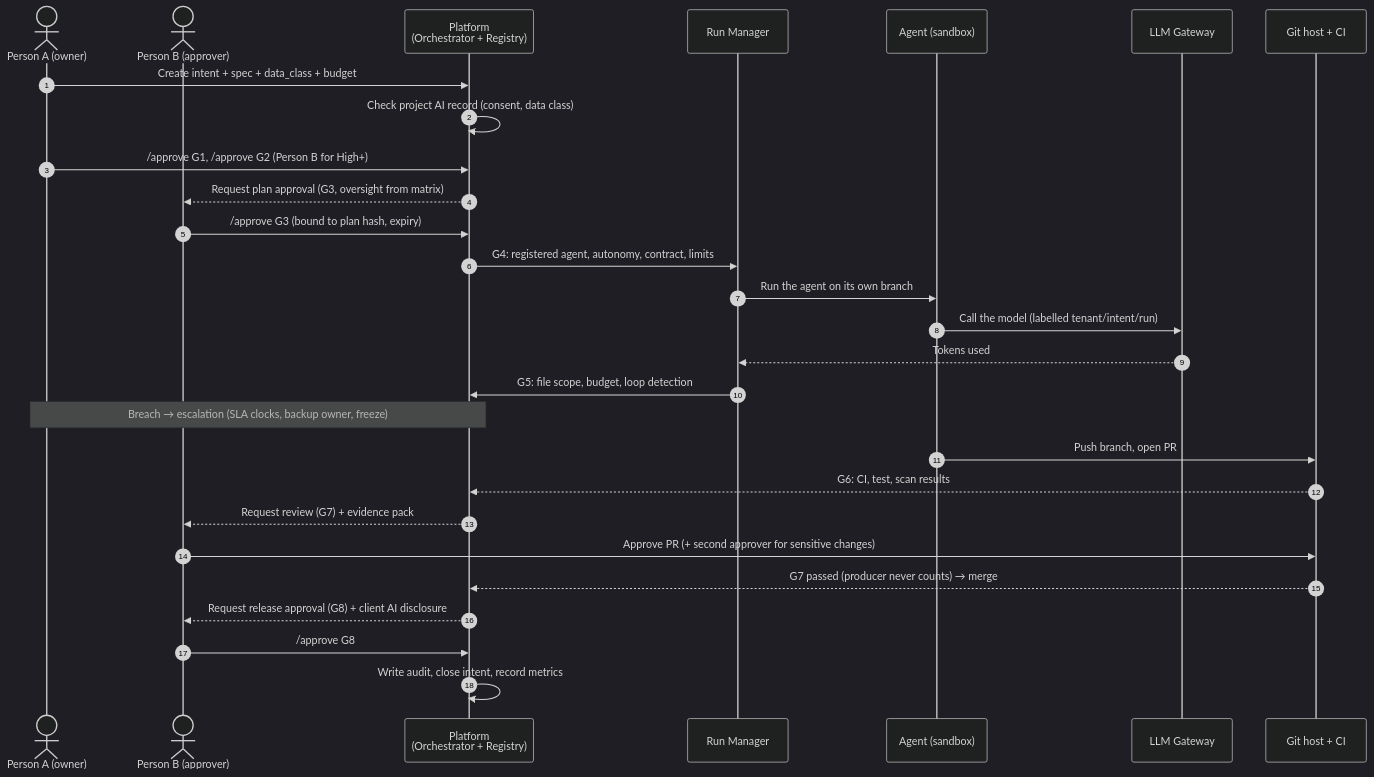
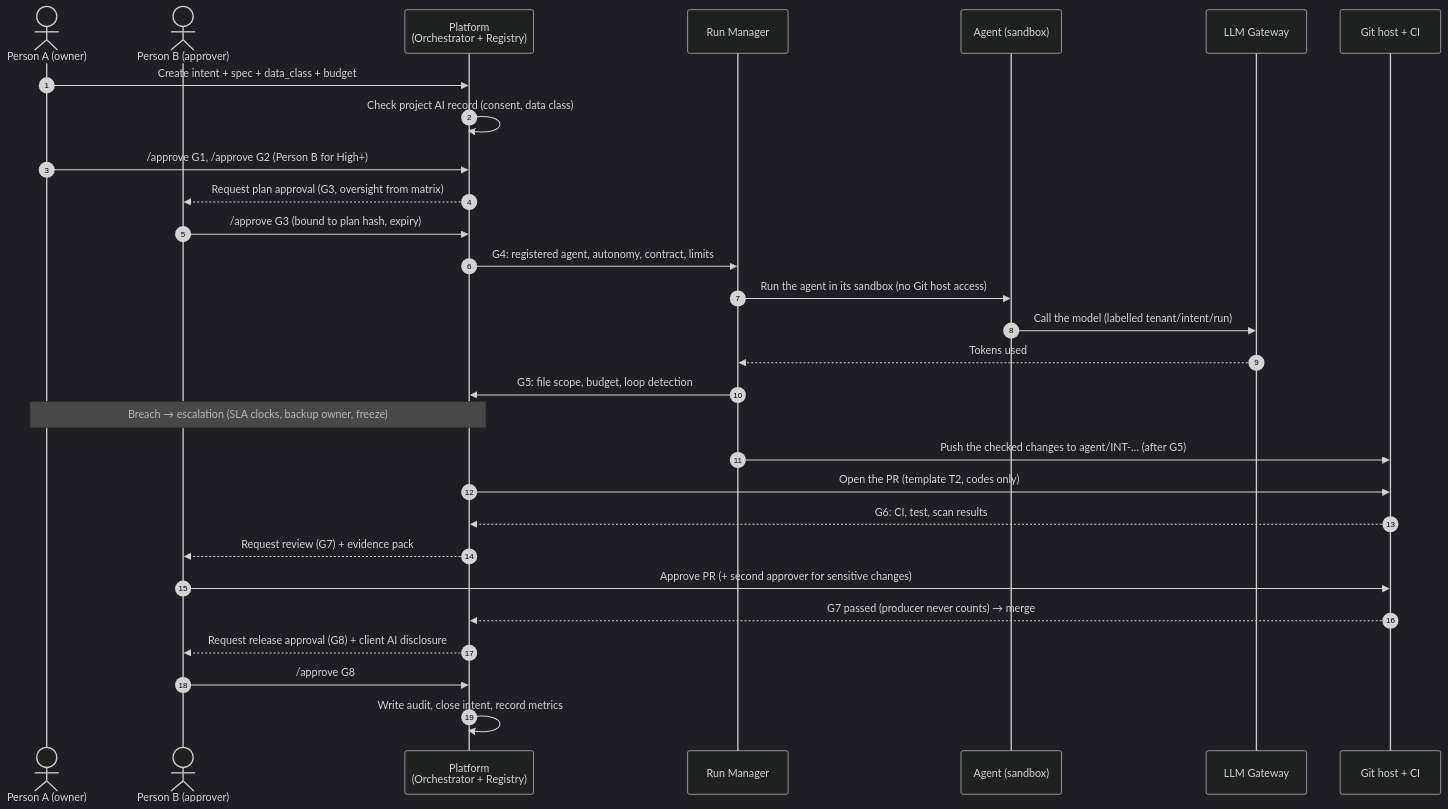
Before and after one commit to hoanghainh1188/agentic-sdlc-framework: the diagram in diagrams/src/d10-mvp-flow.mmd, drawn with Mermaid (dark theme). The commit also changed 61 other files, not shown here.

First line of the commit message:
C08 PR 1: push the checked changes and open the pull request at G6 (#133)

```diff
--- a/diagrams/src/d10-mvp-flow.mmd
+++ b/diagrams/src/d10-mvp-flow.mmd
@@ -1,29 +1,30 @@
 sequenceDiagram
     autonumber
     actor A as Person A (owner)
     actor B as Person B (approver)
     participant P as Platform<br/>(Orchestrator + Registry)
     participant R as Run Manager
     participant AG as Agent (sandbox)
     participant GW as LLM Gateway
     participant G as Git host + CI
 
     A->>P: Create intent + spec + data_class + budget
     P->>P: Check project AI record (consent, data class)
     A->>P: /approve G1, /approve G2 (Person B for High+)
     P-->>B: Request plan approval (G3, oversight from matrix)
     B->>P: /approve G3 (bound to plan hash, expiry)
     P->>R: G4: registered agent, autonomy, contract, limits
-    R->>AG: Run the agent on its own branch
+    R->>AG: Run the agent in its sandbox (no Git host access)
     AG->>GW: Call the model (labelled tenant/intent/run)
     GW-->>R: Tokens used
     R->>P: G5: file scope, budget, loop detection
     Note over P,A: Breach → escalation (SLA clocks, backup owner, freeze)
-    AG->>G: Push branch, open PR
+    R->>G: Push the checked changes to agent/INT-… (after G5)
+    P->>G: Open the PR (template T2, codes only)
     G-->>P: G6: CI, test, scan results
     P-->>B: Request review (G7) + evidence pack
     B->>G: Approve PR (+ second approver for sensitive changes)
     G-->>P: G7 passed (producer never counts) → merge
     P-->>B: Request release approval (G8) + client AI disclosure
     B->>P: /approve G8
     P->>P: Write audit, close intent, record metrics
```
